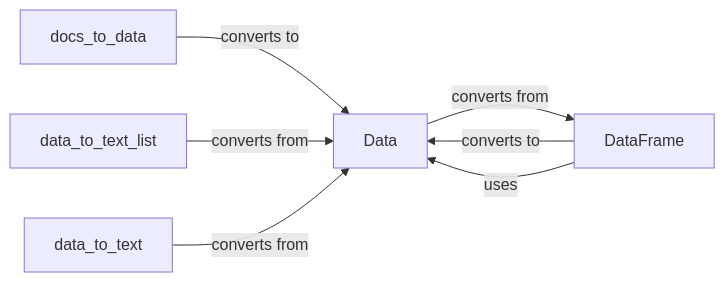
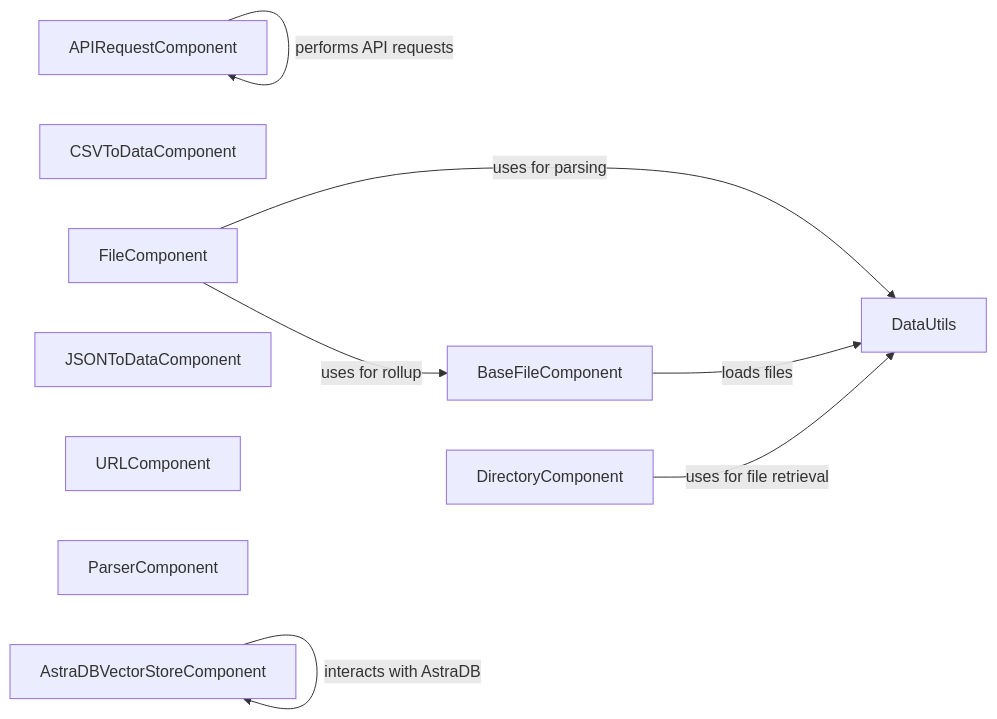
The diagram in langflow/Data Handling.md (CodeBoarding/GeneratedOnBoardings), drawn with Mermaid before and after one commit. The commit also changed other lines of this file and 109 other files, not shown here.

````diff
--- a/langflow/Data Handling.md
+++ b/langflow/Data Handling.md
@@ -1,14 +1,19 @@
 ```mermaid
 graph LR
-    Data["Data"]
-    DataFrame["DataFrame"]
-    docs_to_data["docs_to_data"]
-    data_to_text_list["data_to_text_list"]
-    data_to_text["data_to_text"]
-    DataFrame -- "converts to" --> Data
-    Data -- "converts from" --> DataFrame
-    DataFrame -- "uses" --> Data
-    docs_to_data -- "converts to" --> Data
-    data_to_text_list -- "converts from" --> Data
-    data_to_text -- "converts from" --> Data
+    BaseFileComponent["BaseFileComponent"]
+    DataUtils["DataUtils"]
+    APIRequestComponent["APIRequestComponent"]
+    CSVToDataComponent["CSVToDataComponent"]
+    DirectoryComponent["DirectoryComponent"]
+    FileComponent["FileComponent"]
+    JSONToDataComponent["JSONToDataComponent"]
+    URLComponent["URLComponent"]
+    ParserComponent["ParserComponent"]
+    AstraDBVectorStoreComponent["AstraDBVectorStoreComponent"]
+    FileComponent -- "uses for parsing" --> DataUtils
+    FileComponent -- "uses for rollup" --> BaseFileComponent
+    BaseFileComponent -- "loads files" --> DataUtils
+    DirectoryComponent -- "uses for file retrieval" --> DataUtils
+    APIRequestComponent -- "performs API requests" --> APIRequestComponent
+    AstraDBVectorStoreComponent -- "interacts with AstraDB" --> AstraDBVectorStoreComponent
 ```
````
